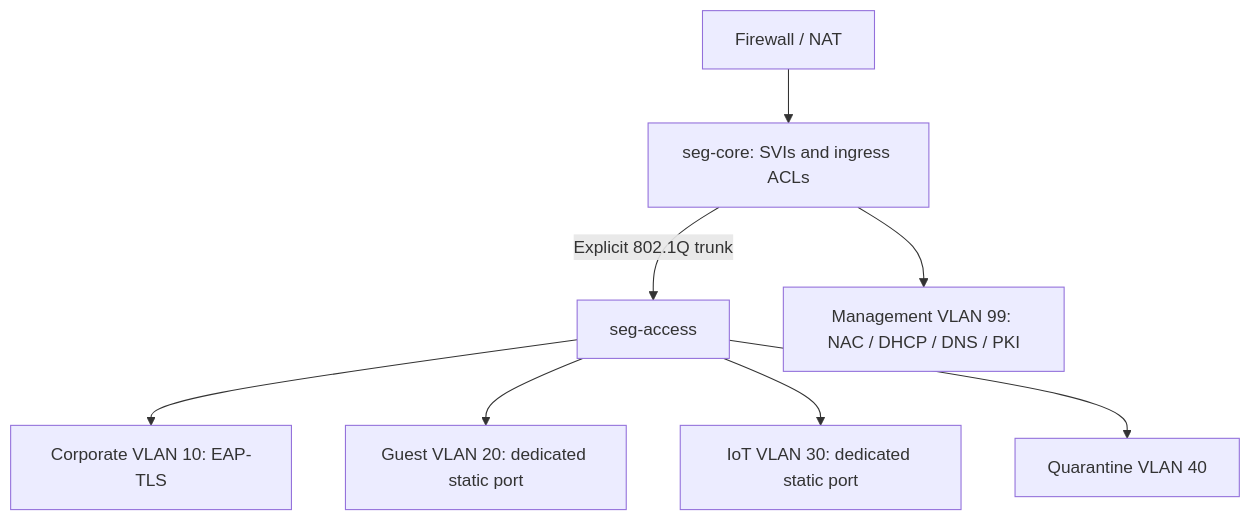
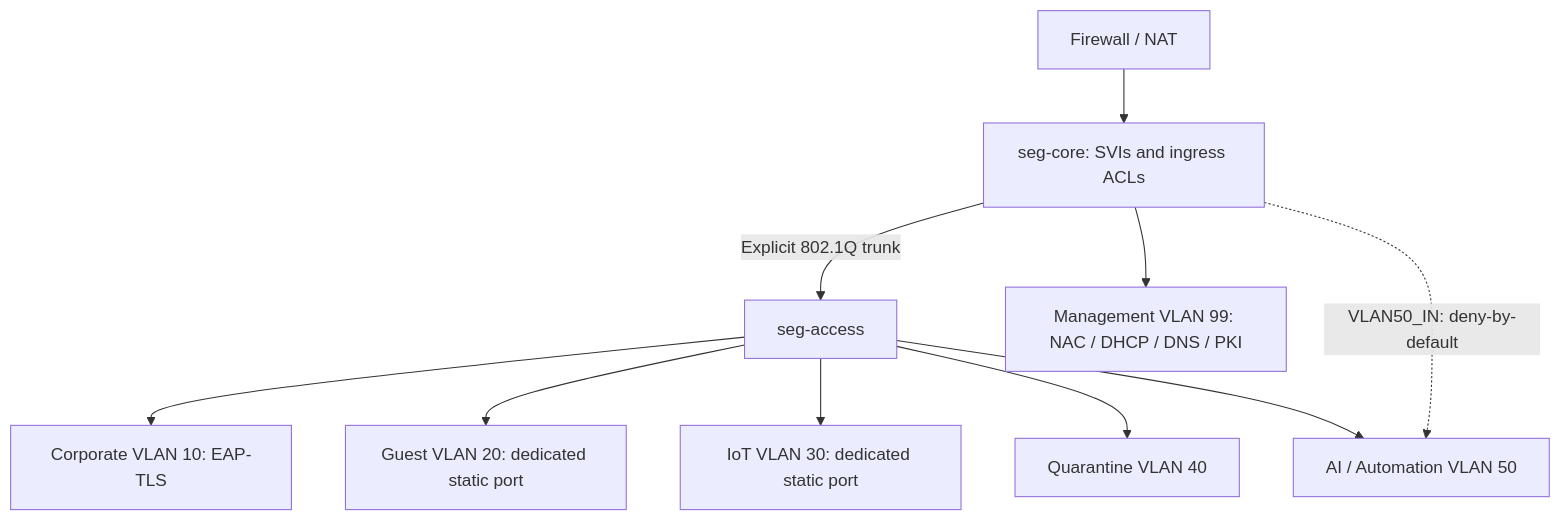
The second of 6 diagrams in README.md (PaulinoTech1/Vlan-segementation), drawn with Mermaid before and after one commit. The commit also changed other lines of this file and 32 other files, not shown here.

First line of the commit message:
Add AI/Automation trust zone (VLAN 50) to segmented topologies

````diff
--- a/README.md
+++ b/README.md
@@ -25,10 +29,12 @@
 ```mermaid
 flowchart TD
     FW[Firewall / NAT] --> CORE[seg-core: SVIs and ingress ACLs]
     CORE -->|Explicit 802.1Q trunk| ACCESS[seg-access]
     ACCESS --> CORP[Corporate VLAN 10: EAP-TLS]
     ACCESS --> GUEST[Guest VLAN 20: dedicated static port]
     ACCESS --> IOT[IoT VLAN 30: dedicated static port]
     ACCESS --> QUAR[Quarantine VLAN 40]
+    ACCESS --> AIZONE[AI / Automation VLAN 50]
+    CORE -.->|VLAN50_IN: deny-by-default| AIZONE
     CORE --> MGMT[Management VLAN 99: NAC / DHCP / DNS / PKI]
 ```
````
